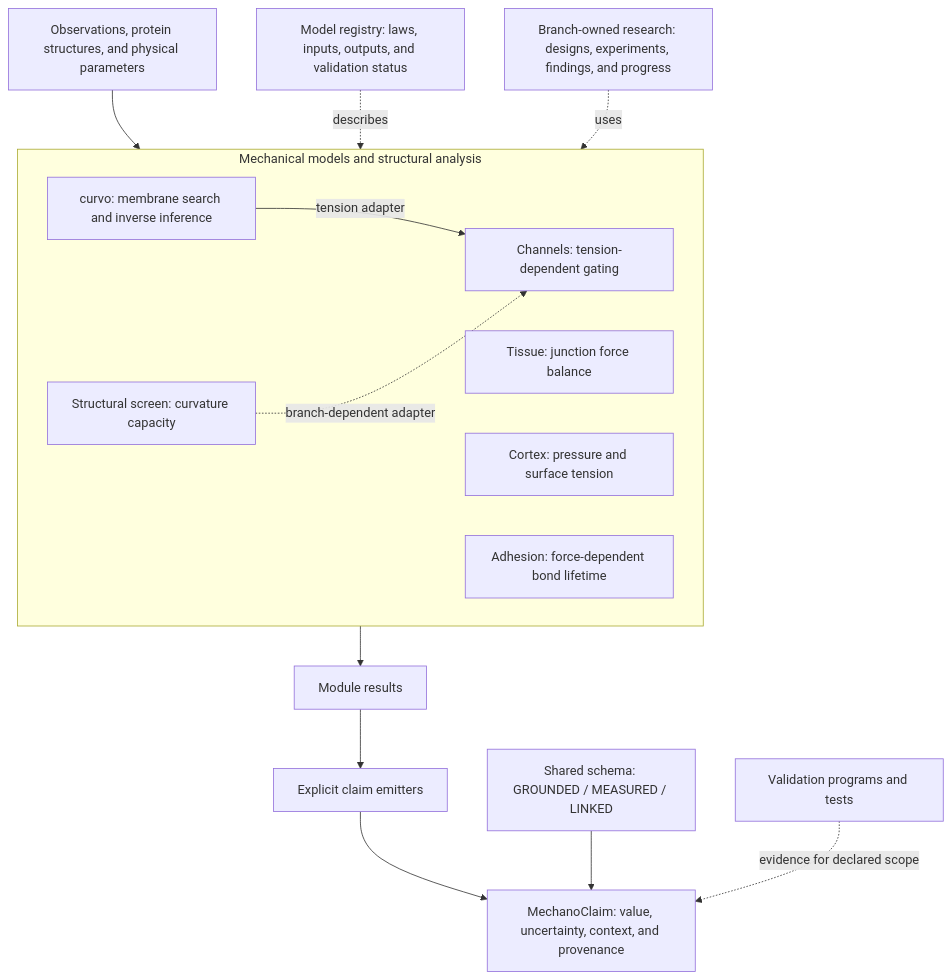
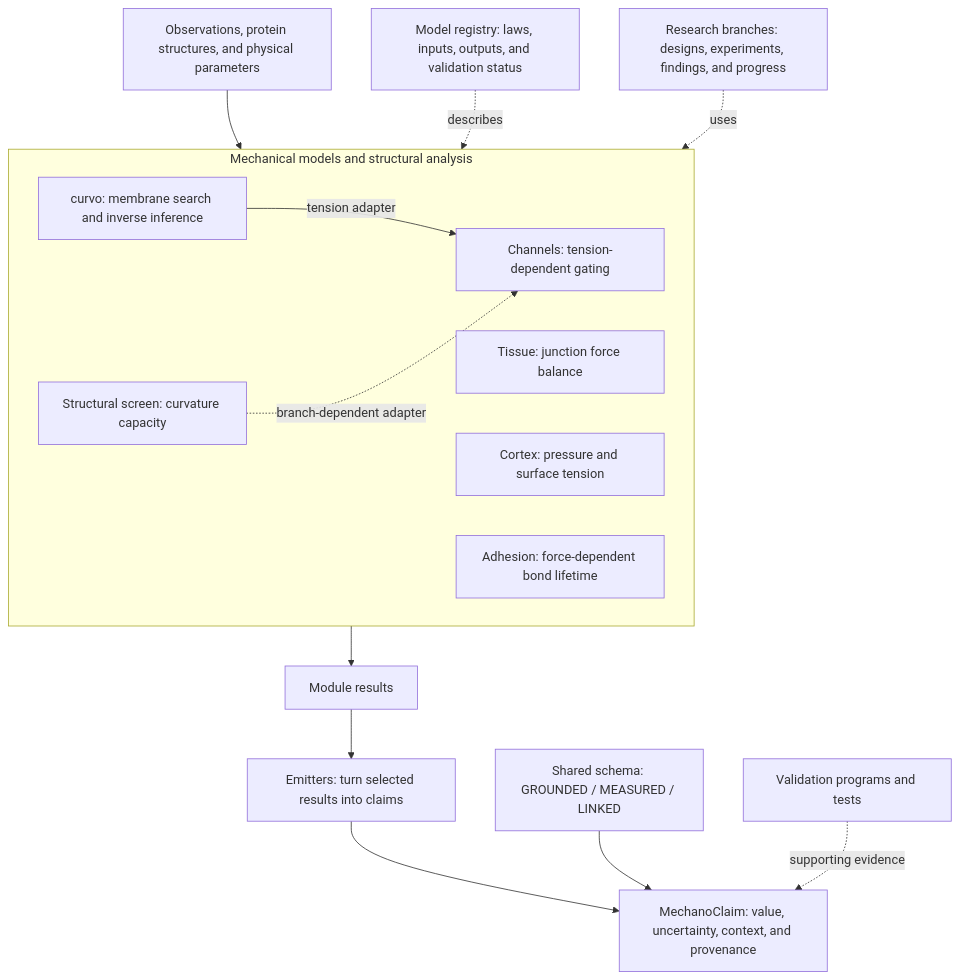
The diagram in README.md (jjbaloo2023/mechanome), drawn with Mermaid before and after one commit. The commit also changed other lines of this file, not shown here.

````diff
--- a/README.md
+++ b/README.md
@@ -22,25 +50,25 @@
 ```mermaid
 flowchart TB
     Inputs["Observations, protein structures, and physical parameters"]
     Registry["Model registry: laws, inputs, outputs, and validation status"]
 
     subgraph Models["Mechanical models and structural analysis"]
         Membrane["curvo: membrane search and inverse inference"]
         Tissue["Tissue: junction force balance"]
         Cortex["Cortex: pressure and surface tension"]
         Bond["Adhesion: force-dependent bond lifetime"]
         Channel["Channels: tension-dependent gating"]
         Screen["Structural screen: curvature capacity"]
     end
 
     Inputs --> Models
     Registry -. describes .-> Models
     Membrane -->|tension adapter| Channel
     Screen -. branch-dependent adapter .-> Channel
     Models --> Results["Module results"]
-    Results --> Emit["Explicit claim emitters"]
+    Results --> Emit["Emitters: turn selected results into claims"]
     Emit --> Claims["MechanoClaim: value, uncertainty, context, and provenance"]
     Schema["Shared schema: GROUNDED / MEASURED / LINKED"] --> Claims
-    Checks["Validation programs and tests"] -. evidence for declared scope .-> Claims
-    Research["Branch-owned research: designs, experiments, findings, and progress"] -. uses .-> Models
+    Checks["Validation programs and tests"] -. supporting evidence .-> Claims
+    Research["Research branches: designs, experiments, findings, and progress"] -. uses .-> Models
 ```
````
